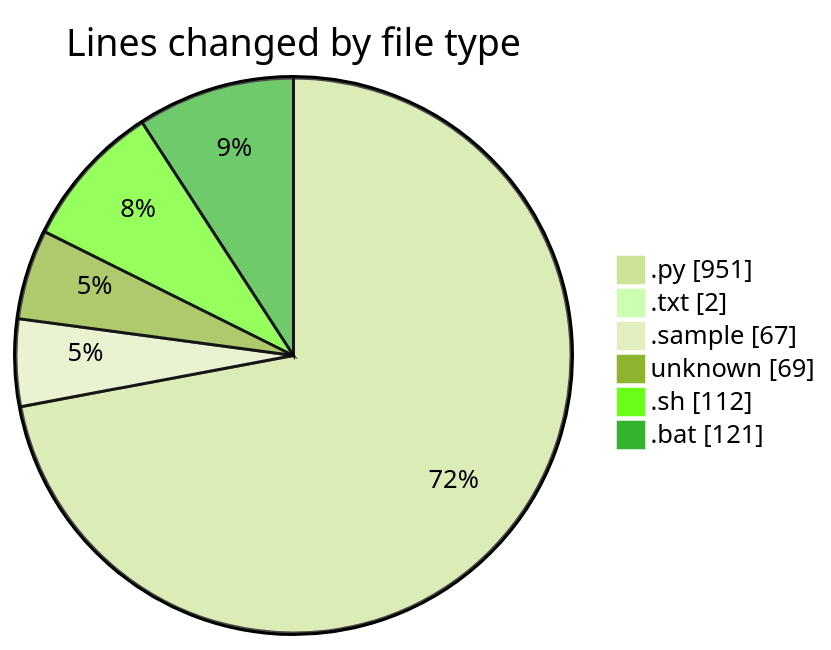
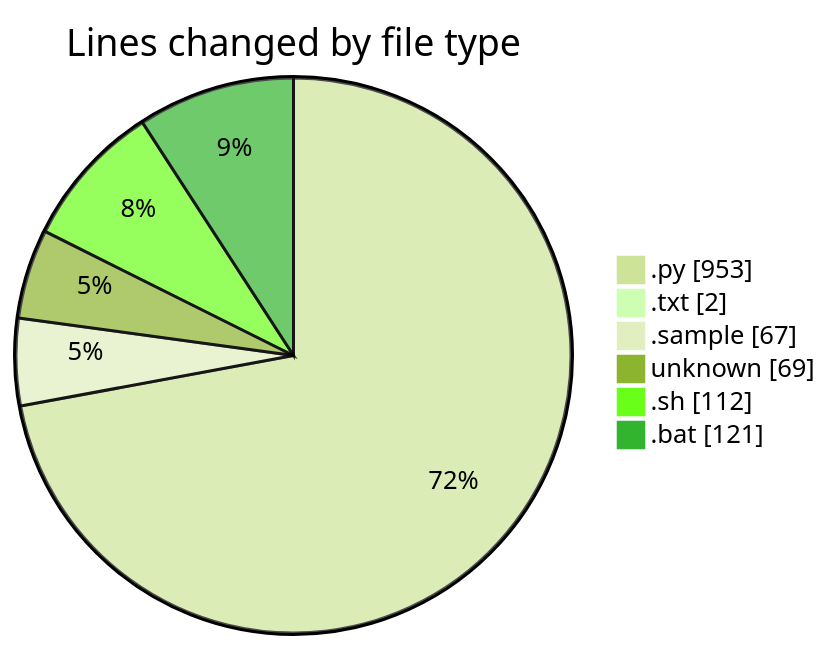
One commit to Unknowalive/code-tracking changed the first of 2 diagrams in 2026-05-08/project/README.md. Above: the diagram before and after it, drawn with Mermaid (forest theme). The commit also changed other lines of this file and 1 other file, not shown here.

````diff
--- a/2026-05-08/project/README.md
+++ b/2026-05-08/project/README.md
@@ -27,10 +27,10 @@
 ```mermaid
 pie showData
 title Lines changed by file type
-".py" : 951
+".py" : 953
 ".txt" : 2
 ".sample" : 67
 "unknown" : 69
 ".sh" : 112
 ".bat" : 121
 ```
````
